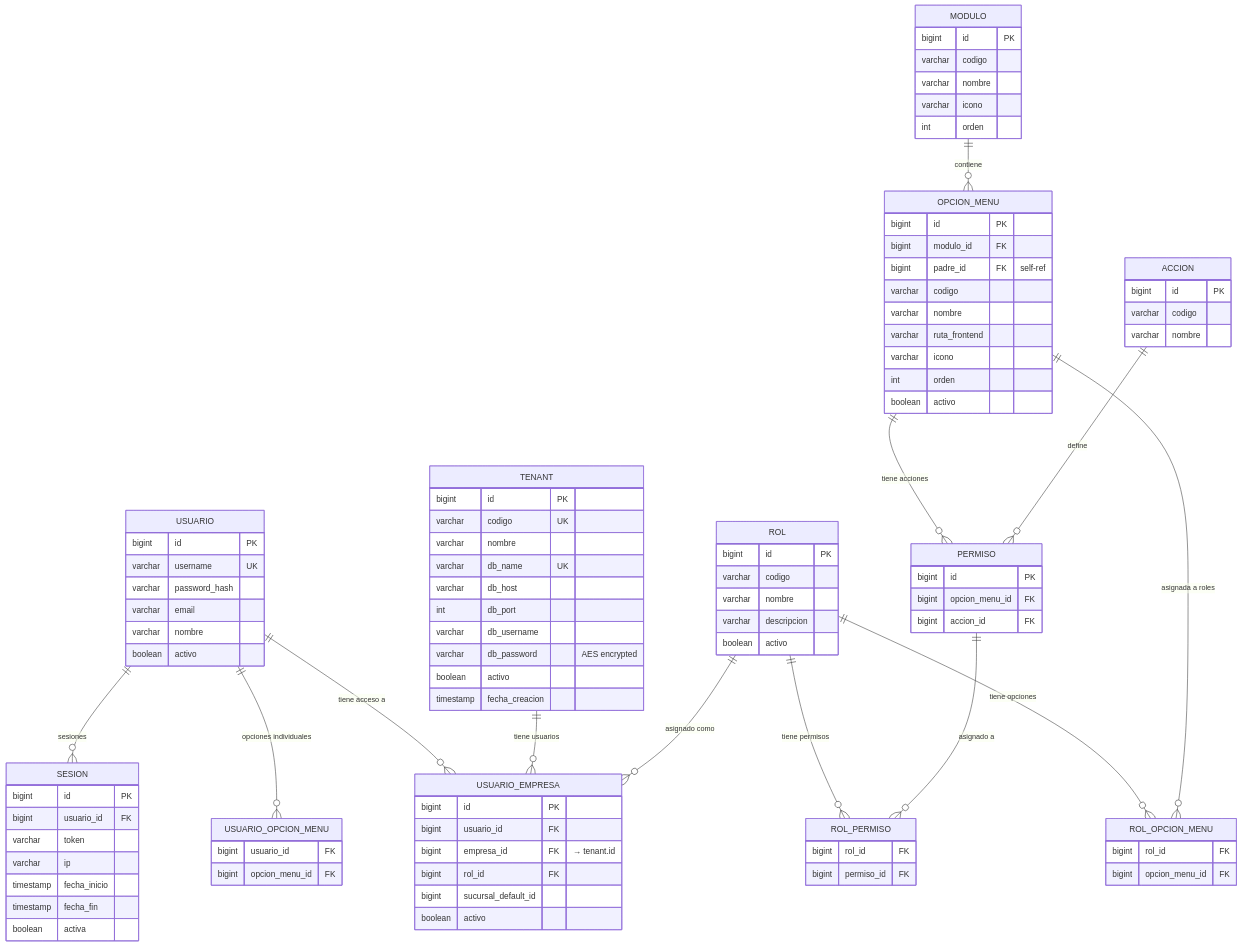
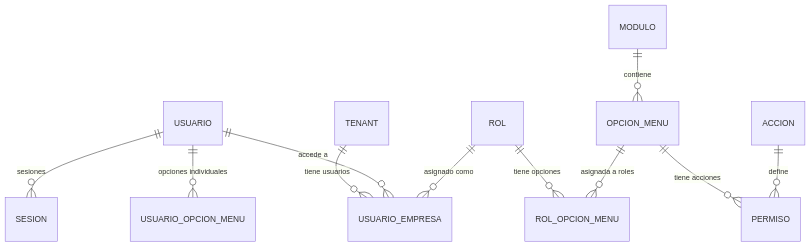
One commit to jramirezch1978/sigre_web changed diagram 49 of 52 in restaurante.pe/ARQUITECTURA_RESTAURANT_PE.md. Above: the diagram before and after it, drawn with Mermaid. The commit also changed other lines of this file and 1 other file, not shown here.

Commit message:
refactor: Extraer diseno detallado de BD a DISENO_BASE_DATOS.md - simplificar ER en arquitectura a solo entidades y relaciones

````diff
--- a/restaurante.pe/ARQUITECTURA_RESTAURANT_PE.md
+++ b/restaurante.pe/ARQUITECTURA_RESTAURANT_PE.md
@@ -6132,115 +4676,13 @@
 ```mermaid
 erDiagram
-    %% Esquema master
-    TENANT {
-        bigint id PK
-        varchar codigo UK
-        varchar nombre
-        varchar db_name UK
-        varchar db_host
-        int db_port
-        varchar db_username
-        varchar db_password "AES encrypted"
-        boolean activo
-        timestamp fecha_creacion
-    }
-
-    %% Esquema auth
-    USUARIO {
-        bigint id PK
-        varchar username UK
-        varchar password_hash
-        varchar email
-        varchar nombre
-        boolean activo
-    }
-
-    USUARIO_EMPRESA {
-        bigint id PK
-        bigint usuario_id FK
-        bigint empresa_id FK "→ tenant.id"
-        bigint rol_id FK
-        bigint sucursal_default_id
-        boolean activo
-    }
-
-    ROL {
-        bigint id PK
-        varchar codigo
-        varchar nombre
-        varchar descripcion
-        boolean activo
-    }
-
-    MODULO {
-        bigint id PK
-        varchar codigo
-        varchar nombre
-        varchar icono
-        int orden
-    }
-
-    OPCION_MENU {
-        bigint id PK
-        bigint modulo_id FK
-        bigint padre_id FK "self-ref"
-        varchar codigo
-        varchar nombre
-        varchar ruta_frontend
-        varchar icono
-        int orden
-        boolean activo
-    }
-
-    ACCION {
-        bigint id PK
-        varchar codigo
-        varchar nombre
-    }
-
-    PERMISO {
-        bigint id PK
-        bigint opcion_menu_id FK
-        bigint accion_id FK
-    }
-
-    ROL_OPCION_MENU {
-        bigint rol_id FK
-        bigint opcion_menu_id FK
-    }
-
-    ROL_PERMISO {
-        bigint rol_id FK
-        bigint permiso_id FK
-    }
-
-    USUARIO_OPCION_MENU {
-        bigint usuario_id FK
-
-        bigint opcion_menu_id FK
-    }
-
-    SESION {
-        bigint id PK
-        bigint usuario_id FK
-
-        varchar token
-        varchar ip
-        timestamp fecha_inicio
-        timestamp fecha_fin
-        boolean activa
-    }
-
-    USUARIO ||--o{ USUARIO_EMPRESA : "tiene acceso a"
     TENANT ||--o{ USUARIO_EMPRESA : "tiene usuarios"
+    USUARIO ||--o{ USUARIO_EMPRESA : "accede a"
     ROL ||--o{ USUARIO_EMPRESA : "asignado como"
     ROL ||--o{ ROL_OPCION_MENU : "tiene opciones"
     OPCION_MENU ||--o{ ROL_OPCION_MENU : "asignada a roles"
     MODULO ||--o{ OPCION_MENU : "contiene"
     OPCION_MENU ||--o{ PERMISO : "tiene acciones"
     ACCION ||--o{ PERMISO : "define"
-    ROL ||--o{ ROL_PERMISO : "tiene permisos"
-    PERMISO ||--o{ ROL_PERMISO : "asignado a"
     USUARIO ||--o{ USUARIO_OPCION_MENU : "opciones individuales"
     USUARIO ||--o{ SESION : "sesiones"
 ```
````
